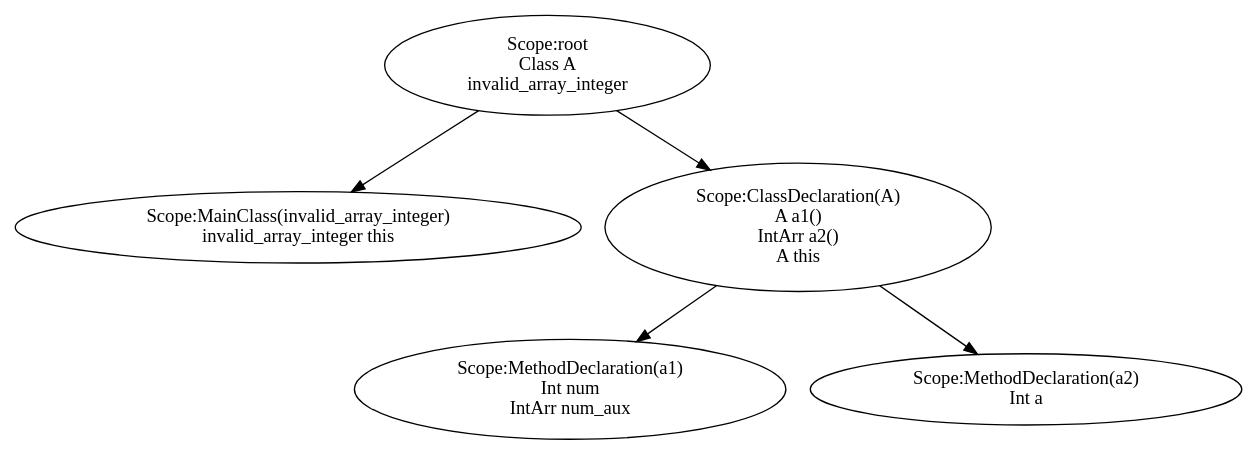
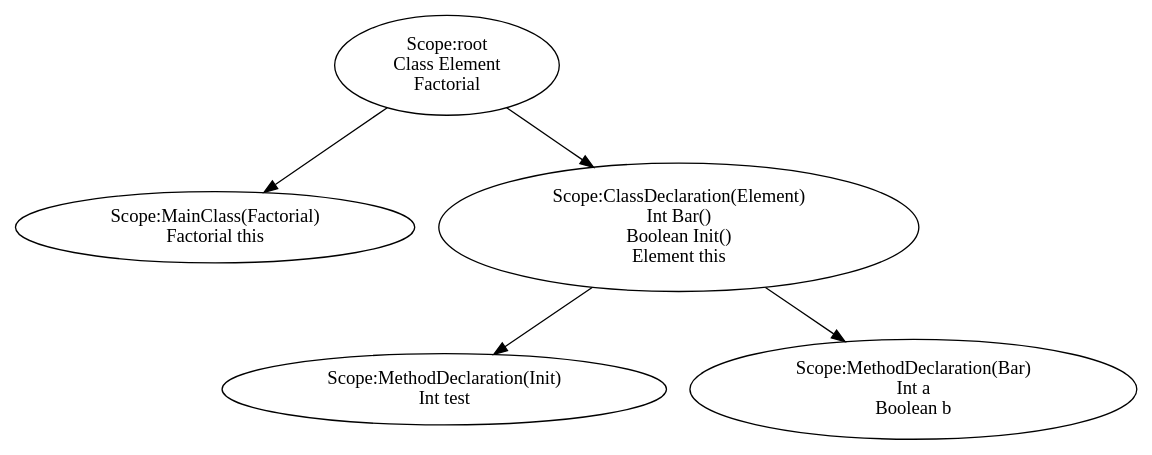
One commit to JakobAdamsson/Compiler-and-translation-technique changed the diagram in assignment2/assignment/st.dot. Above: the diagram before and after it, drawn with Graphviz. The commit also changed 15 other files, not shown here.

```diff
--- a/assignment2/assignment/st.dot
+++ b/assignment2/assignment/st.dot
@@ -1,25 +1,25 @@
 digraph {
 n0 [label="Scope:root
-Class A
- invalid_array_integer
+Class Element
+ Factorial
 "];
-n1 [label="Scope:MainClass(invalid_array_integer)
-invalid_array_integer this
+n1 [label="Scope:MainClass(Factorial)
+Factorial this
 "];
 n0 -> n1
-n2 [label="Scope:ClassDeclaration(A)
-A a1()
-IntArr a2()
-A this
+n2 [label="Scope:ClassDeclaration(Element)
+Int Bar()
+Boolean Init()
+Element this
 "];
-n3 [label="Scope:MethodDeclaration(a1)
-Int num
-IntArr num_aux
+n3 [label="Scope:MethodDeclaration(Init)
+Int test
 "];
 n2 -> n3
-n4 [label="Scope:MethodDeclaration(a2)
+n4 [label="Scope:MethodDeclaration(Bar)
 Int a
+Boolean b
 "];
 n2 -> n4
 n0 -> n2
 }
```
